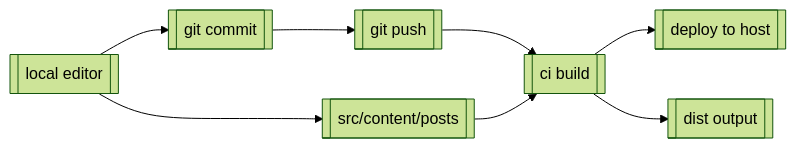
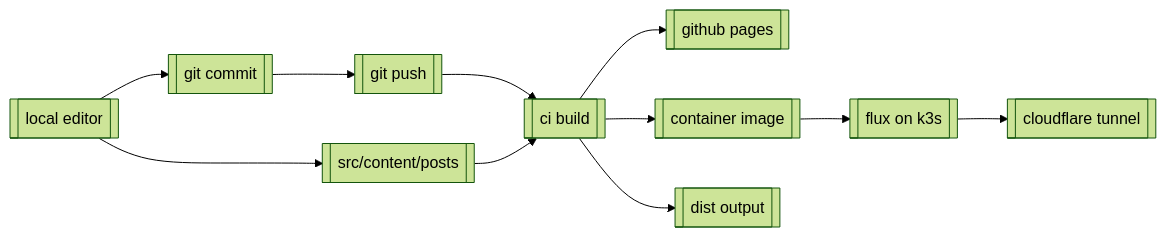
Before and after one commit to MrGuato/gitops-notes: the diagram in README.md, drawn with Mermaid (forest theme). The commit also changed other lines of this file and 18 other files, not shown here.

````diff
--- a/README.md
+++ b/README.md
@@ -59,10 +59,13 @@
 ```mermaid
 flowchart LR
   A[[local editor]] --> B[[git commit]]
   B --> C[[git push]]
   C --> D[[ci build]]
-  D --> E[[deploy to host]]
+  D --> E[[github pages]]
+  D --> H[[container image]]
+  H --> I[[flux on k3s]]
+  I --> J[[cloudflare tunnel]]
   A --> F[[src/content/posts]]
   F --> D
   D --> G[[dist output]]
 ```
````
